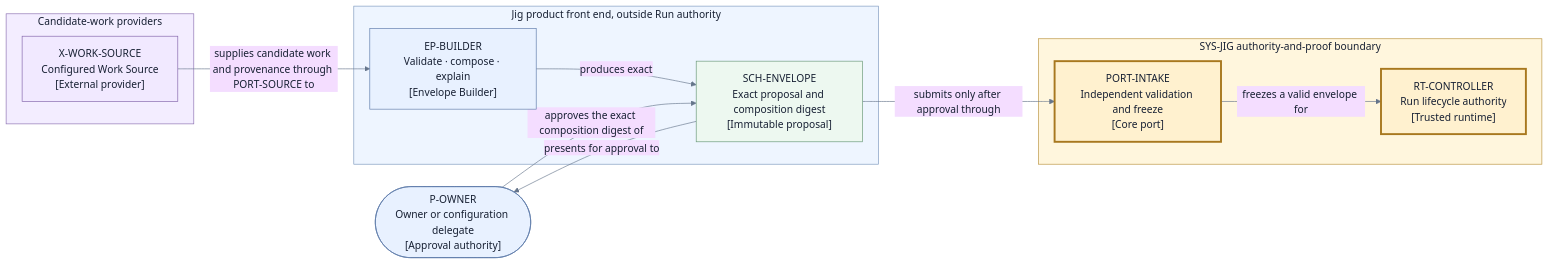
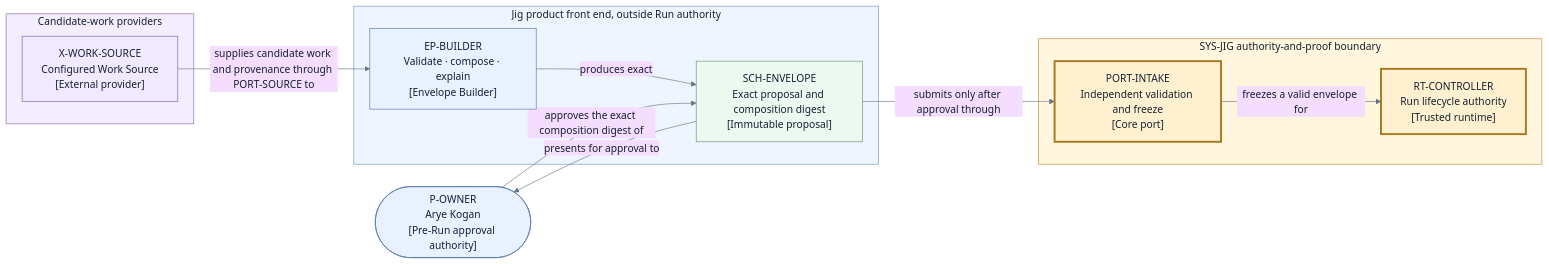
One commit to agentic-workflow-kit/jig changed the diagram in docs/redesign/design/envelope-production.md. Above: the diagram before and after it, drawn with Mermaid. The commit also changed other lines of this file and 33 other files, not shown here.

````diff
--- a/docs/redesign/design/envelope-production.md
+++ b/docs/redesign/design/envelope-production.md
@@ -156,37 +198,37 @@
 ```mermaid
 %%{init: {"theme": "base", "themeVariables": {"fontFamily": "Inter, ui-sans-serif, system-ui", "primaryTextColor": "#172033", "lineColor": "#65758b"}}}%%
 flowchart LR
-    Owner(["P-OWNER<br/>Owner or configuration delegate<br/>[Approval authority]"])
+    Owner(["P-OWNER<br/>Arye Kogan<br/>[Pre-Run approval authority]"])
     subgraph SourceZone["Candidate-work providers"]
         Source["X-WORK-SOURCE<br/>Configured Work Source<br/>[External provider]"]
     end
     subgraph FrontEnd["Jig product front end, outside Run authority"]
         Builder["EP-BUILDER<br/>Validate · compose · explain<br/>[Envelope Builder]"]
         Proposal["SCH-ENVELOPE<br/>Exact proposal and composition digest<br/>[Immutable proposal]"]
     end
     subgraph Core["SYS-JIG authority-and-proof boundary"]
         Intake["PORT-INTAKE<br/>Independent validation and freeze<br/>[Core port]"]
         Controller["RT-CONTROLLER<br/>Run lifecycle authority<br/>[Trusted runtime]"]
     end
 
     Source -->|"supplies candidate work and provenance through PORT-SOURCE to"| Builder
     Builder -->|"produces exact"| Proposal
     Proposal -->|"presents for approval to"| Owner
     Owner -->|"approves the exact composition digest of"| Proposal
     Proposal -->|"submits only after approval through"| Intake
     Intake -->|"freezes a valid envelope for"| Controller
 
     style SourceZone fill:#f3edff,stroke:#8a6eb0,color:#172033
     style FrontEnd fill:#eef5ff,stroke:#7a96bd,color:#172033
     style Core fill:#fff6dd,stroke:#b8903a,color:#172033
     classDef person fill:#e8f1ff,stroke:#5a78a8,color:#172033
     classDef provider fill:#f1e9ff,stroke:#8061a8,color:#172033
     classDef builder fill:#e8f1ff,stroke:#5a78a8,color:#172033
     classDef artifact fill:#edf8f0,stroke:#659574,color:#172033
     classDef core fill:#fff1cf,stroke:#a8781f,stroke-width:3px,color:#172033
     class Owner person
     class Source provider
     class Builder builder
     class Proposal artifact
     class Intake,Controller core
 ```
````
